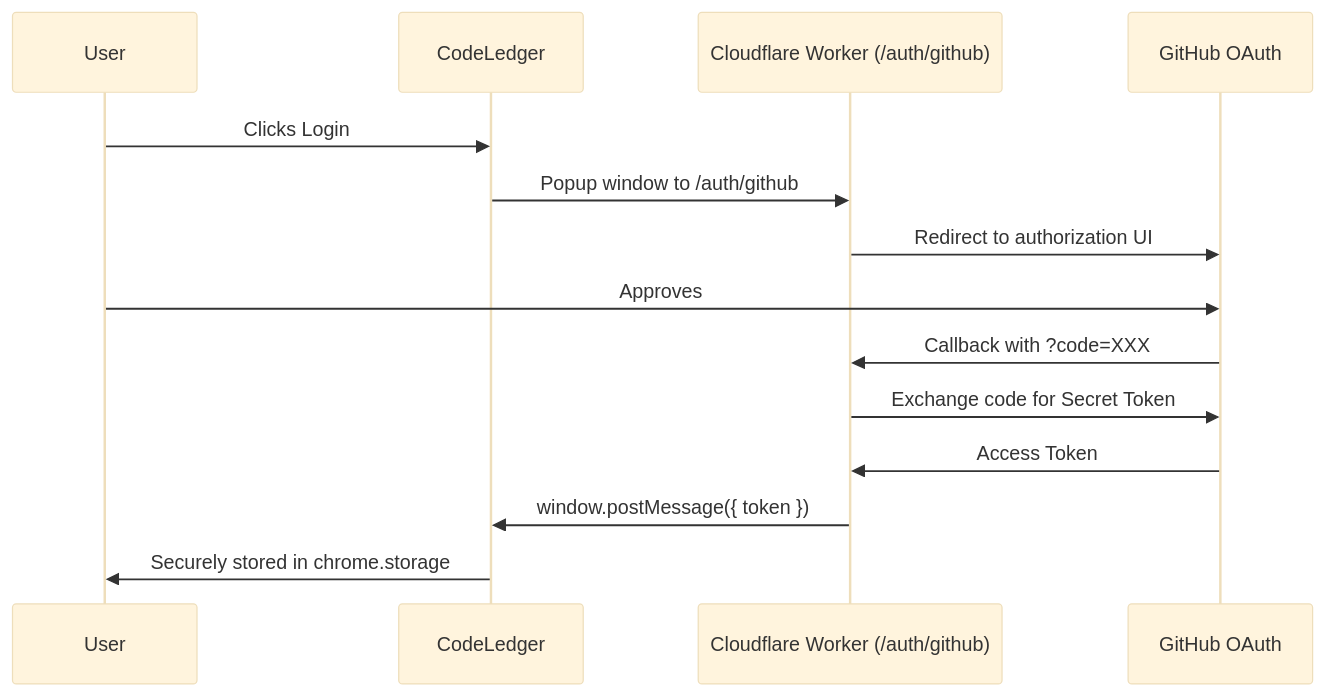
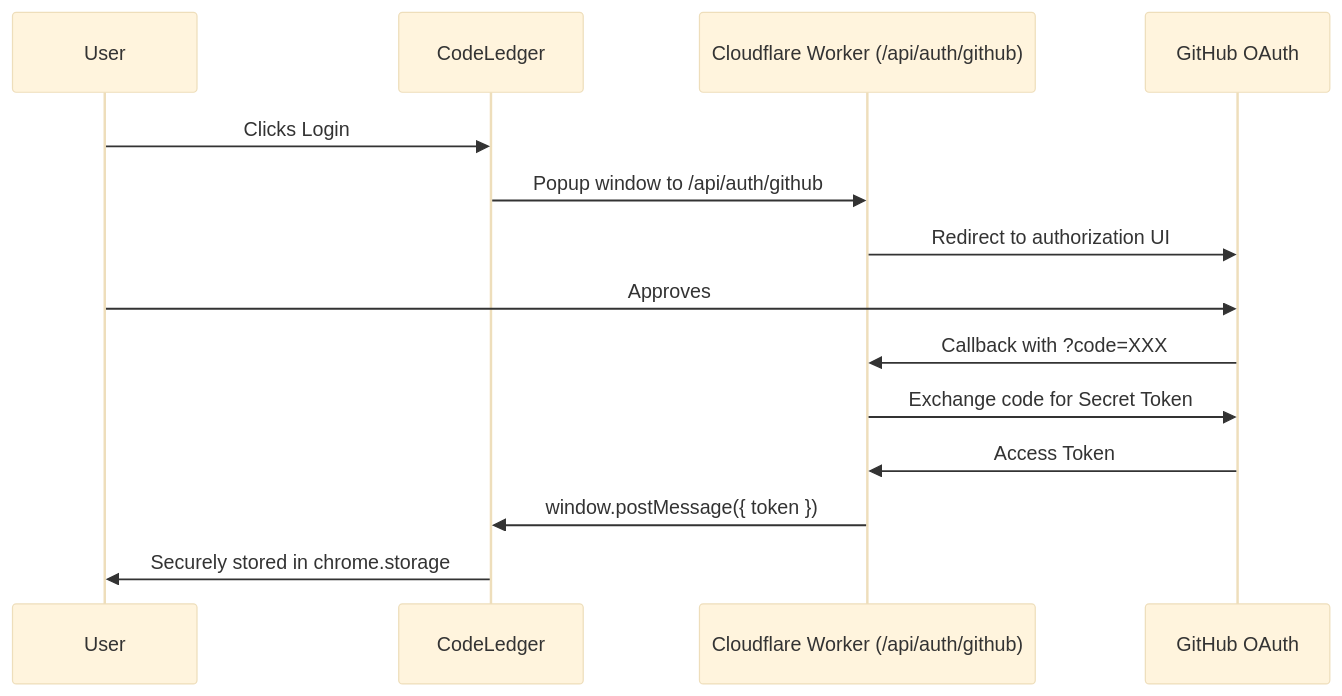
The third of 4 diagrams in docs/ARCHITECTURE.md (Life-Experimentalist/Code-Ledger), drawn with Mermaid (base theme) before and after one commit. The commit also changed other lines of this file and 20 other files, not shown here.

````diff
--- a/docs/ARCHITECTURE.md
+++ b/docs/ARCHITECTURE.md
@@ -50,17 +50,17 @@
 ```mermaid
 sequenceDiagram
     participant User
     participant Ext as CodeLedger
-    participant CF as Cloudflare Worker (/auth/github)
+    participant CF as Cloudflare Worker (/api/auth/github)
     participant GH as GitHub OAuth
-    
+
     User->>Ext: Clicks Login
-    Ext->>CF: Popup window to /auth/github
+    Ext->>CF: Popup window to /api/auth/github
     CF->>GH: Redirect to authorization UI
     User->>GH: Approves
     GH->>CF: Callback with ?code=XXX
     CF->>GH: Exchange code for Secret Token
     GH->>CF: Access Token
     CF->>Ext: window.postMessage({ token })
     Ext->>User: Securely stored in chrome.storage
 ```
````
